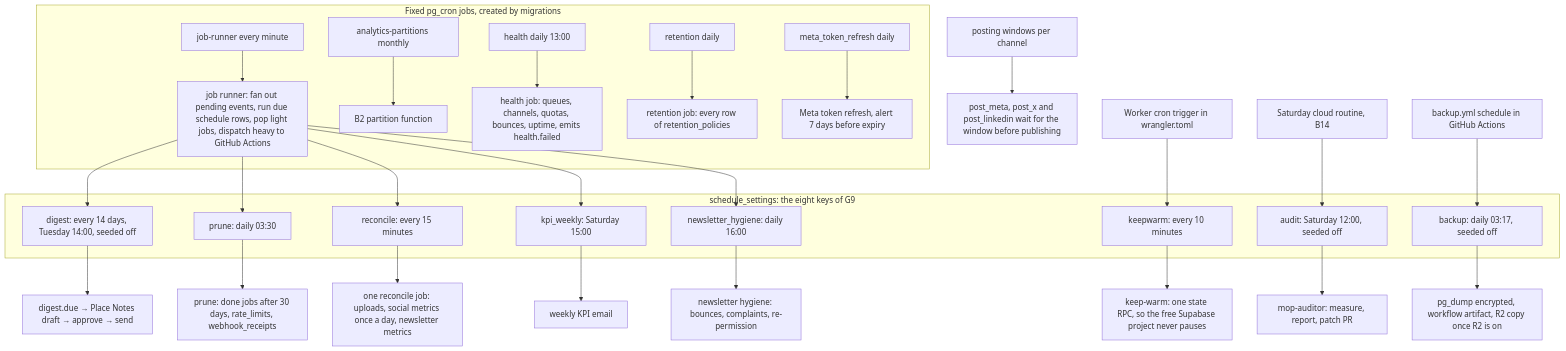
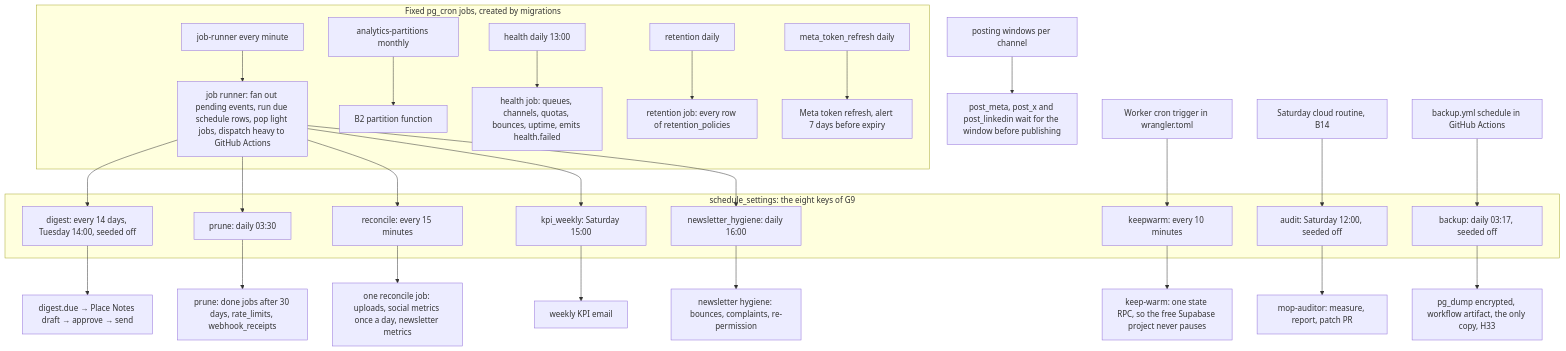
Before and after one commit to AbdulrahmanAmer/matter-of-place: the second of 3 diagrams in workspace/03-diagrams/automations.md, drawn with Mermaid. The commit also changed other lines of this file and 84 other files, not shown here.

````diff
--- a/workspace/03-diagrams/automations.md
+++ b/workspace/03-diagrams/automations.md
@@ -55,30 +55,30 @@
 ```mermaid
 flowchart TB
   subgraph PGC[Fixed pg_cron jobs, created by migrations]
     M[job-runner every minute] --> R[job runner: fan out pending events, run due schedule rows, pop light jobs, dispatch heavy to GitHub Actions]
     AP[analytics-partitions monthly] --> APJ[B2 partition function]
     HE[health daily 13:00] --> HEJ[health job: queues, channels, quotas, bounces, uptime, emits health.failed]
     RT[retention daily] --> RTJ[retention job: every row of retention_policies]
     TK[meta_token_refresh daily] --> TKJ[Meta token refresh, alert 7 days before expiry]
   end
   subgraph SSR[schedule_settings: the eight keys of G9]
     DG[digest: every 14 days, Tuesday 14:00, seeded off]
     PRU[prune: daily 03:30]
     RC[reconcile: every 15 minutes]
     KPI[kpi_weekly: Saturday 15:00]
     NH[newsletter_hygiene: daily 16:00]
     KW[keepwarm: every 10 minutes]
     AU[audit: Saturday 12:00, seeded off]
     BK[backup: daily 03:17, seeded off]
   end
   R --> DG & PRU & RC & KPI & NH
   DG --> DGE[digest.due → Place Notes draft → approve → send]
   PRU --> PRJ[prune: done jobs after 30 days, rate_limits, webhook_receipts]
   RC --> RCJ[one reconcile job: uploads, social metrics once a day, newsletter metrics]
   KPI --> KPJ[weekly KPI email]
   NH --> NHJ[newsletter hygiene: bounces, complaints, re-permission]
   WCT[Worker cron trigger in wrangler.toml] --> KW --> KWJ[keep-warm: one state RPC, so the free Supabase project never pauses]
   RTN[Saturday cloud routine, B14] --> AU --> AUJ[mop-auditor: measure, report, patch PR]
-  BY[backup.yml schedule in GitHub Actions] --> BK --> BKJ[pg_dump encrypted, workflow artifact, R2 copy once R2 is on]
+  BY[backup.yml schedule in GitHub Actions] --> BK --> BKJ[pg_dump encrypted, workflow artifact, the only copy, H33]
   WIN[posting windows per channel] --> PM[post_meta, post_x and post_linkedin wait for the window before publishing]
 ```
````
